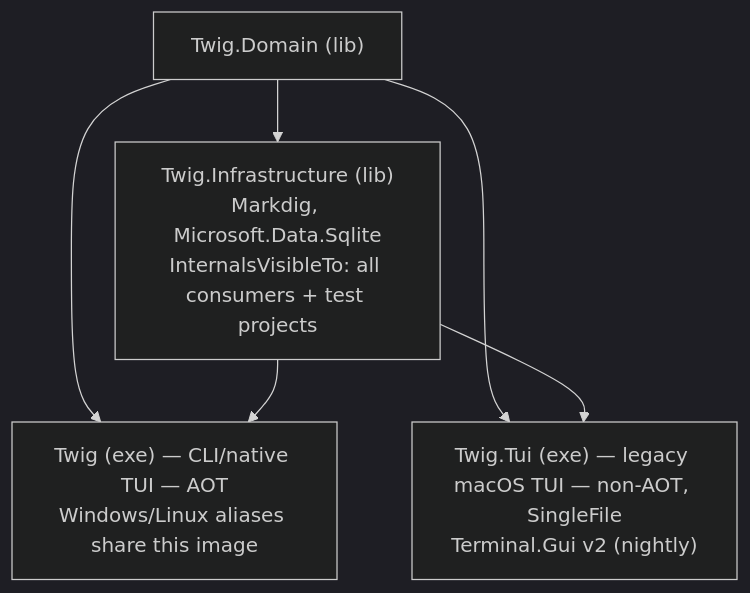
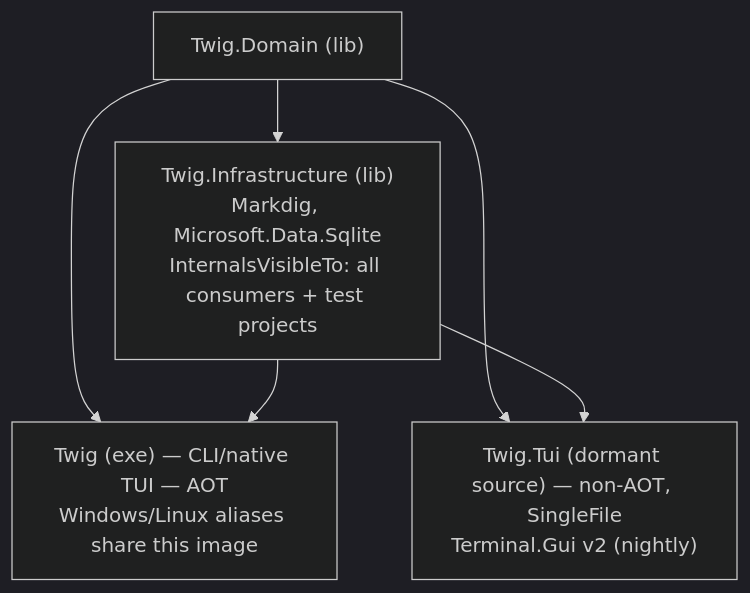
One commit to PolyphonyRequiem/twig changed the diagram in docs/architecture/build-and-release.md. Above: the diagram before and after it, drawn with Mermaid (dark theme). The commit also changed other lines of this file and 30 other files, not shown here.

````diff
--- a/docs/architecture/build-and-release.md
+++ b/docs/architecture/build-and-release.md
@@ -217,8 +199,8 @@
 ```mermaid
 graph TD
     Domain["Twig.Domain (lib)"] --> Infra["Twig.Infrastructure (lib)<br/>Markdig, Microsoft.Data.Sqlite<br/>InternalsVisibleTo: all consumers + test projects"]
     Domain --> CLI["Twig (exe) — CLI/native TUI — AOT<br/>Windows/Linux aliases share this image"]
-    Domain --> Tui["Twig.Tui (exe) — legacy macOS TUI — non-AOT, SingleFile<br/>Terminal.Gui v2 (nightly)"]
+    Domain --> Tui["Twig.Tui (dormant source) — non-AOT, SingleFile<br/>Terminal.Gui v2 (nightly)"]
     Infra --> CLI
     Infra --> Tui
 ```
````
